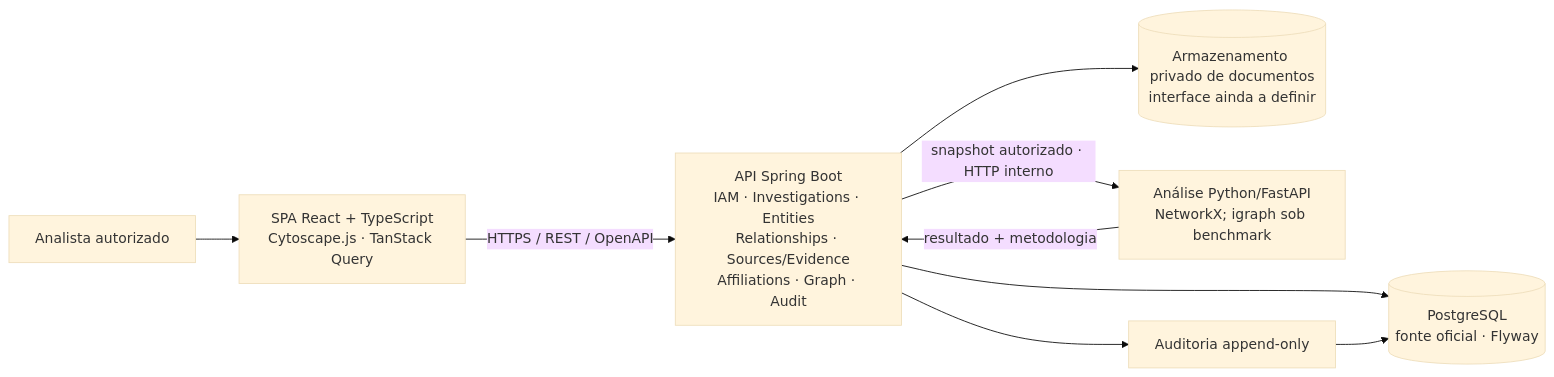
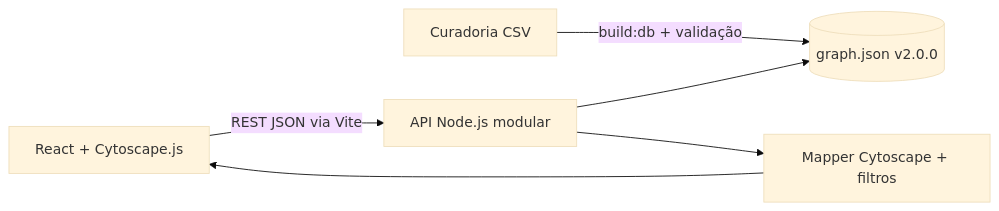
The diagram in docs/ARCHITECTURE.md (cayo-puc/Graphic), drawn with Mermaid (base theme) before and after one commit. The commit also changed other lines of this file and 27 other files, not shown here.

````diff
--- a/docs/ARCHITECTURE.md
+++ b/docs/ARCHITECTURE.md
@@ -19,11 +11,8 @@
 ```mermaid
 flowchart LR
-  U[Analista autorizado] --> FE[SPA React + TypeScript\nCytoscape.js · TanStack Query]
-  FE -->|HTTPS / REST / OpenAPI| API[API Spring Boot\nIAM · Investigations · Entities\nRelationships · Sources/Evidence\nAffiliations · Graph · Audit]
-  API --> PG[(PostgreSQL\nfonte oficial · Flyway)]
-  API --> OBJ[(Armazenamento privado de documentos\ninterface ainda a definir)]
-  API -->|snapshot autorizado · HTTP interno| AN[Análise Python/FastAPI\nNetworkX; igraph sob benchmark]
-  AN -->|resultado + metodologia| API
-  API --> AUD[Auditoria append-only]
-  AUD --> PG
+  CSV[Curadoria CSV] -->|build:db + validação| JSON[(graph.json v2.0.0)]
+  Browser[React + Cytoscape.js] -->|REST JSON via Vite| API[API Node.js modular]
+  API --> JSON
+  API --> Mapper[Mapper Cytoscape + filtros]
+  Mapper --> Browser
 ```
````
